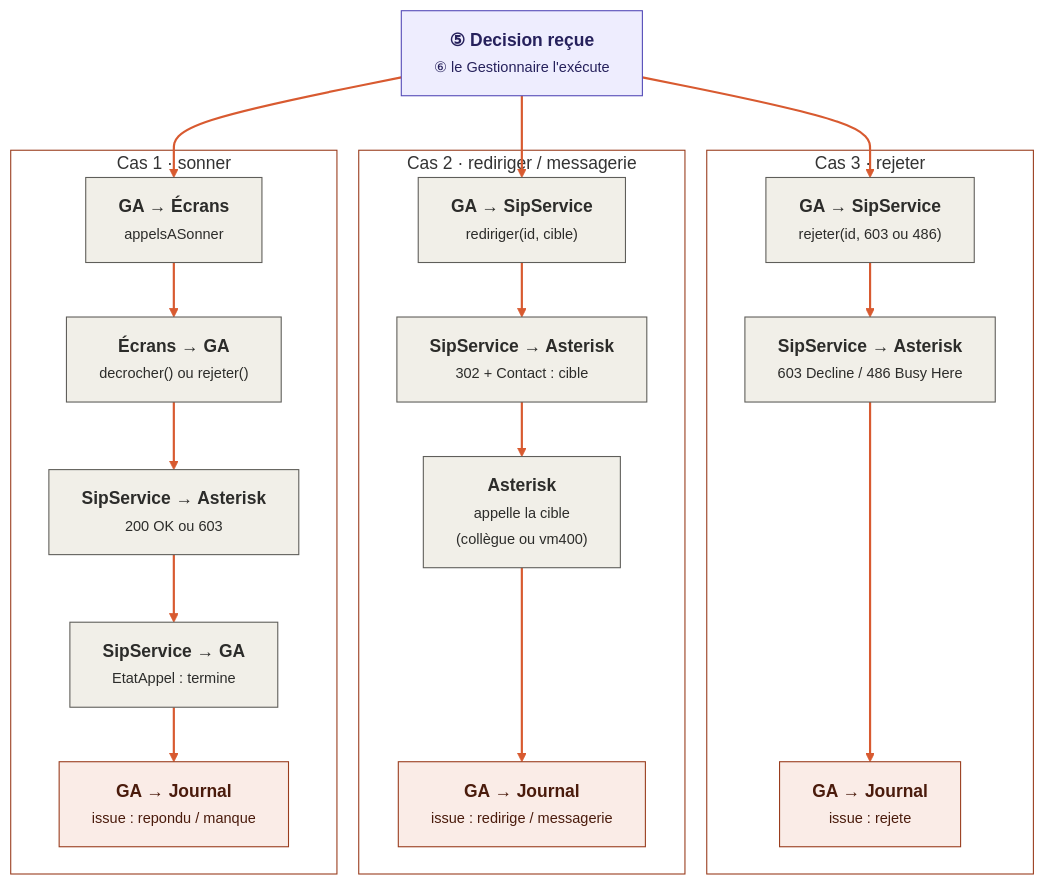
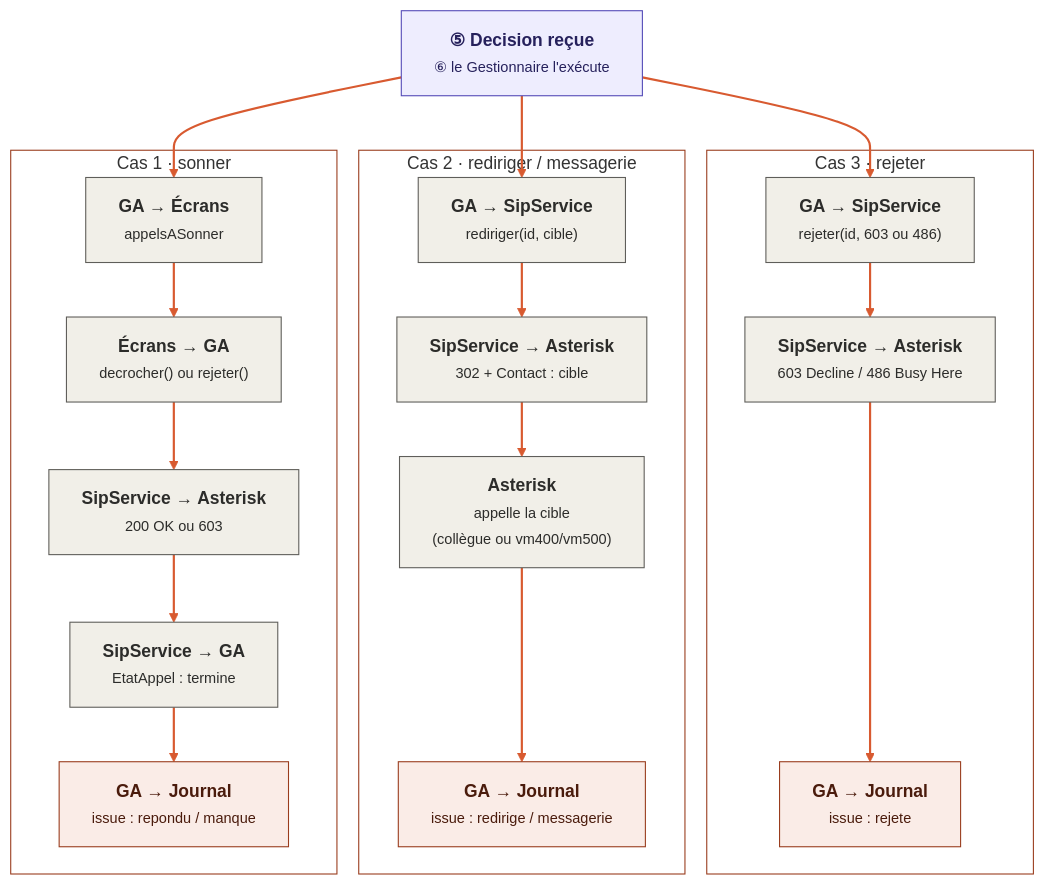
Before and after one commit to mghez001/DevWebMobile: the third of 3 diagrams in README.md, drawn with Mermaid (forest theme). The commit also changed other lines of this file and 4 other files, not shown here.

````diff
--- a/README.md
+++ b/README.md
@@ -247,39 +247,39 @@
 ```mermaid
 flowchart TB
     D["<b>⑤ Decision reçue</b><br/><small>⑥ le Gestionnaire l'exécute</small>"]
 
     subgraph C1["Cas 3 · rejeter"]
         R1["<b>GA → SipService</b><br/><small>rejeter(id, 603 ou 486)</small>"]
         R2["<b>SipService → Asterisk</b><br/><small>603 Decline / 486 Busy Here</small>"]
         R3["<b>GA → Journal</b><br/><small>issue : rejete</small>"]
     end
     subgraph C2["Cas 2 · rediriger / messagerie"]
         D1["<b>GA → SipService</b><br/><small>rediriger(id, cible)</small>"]
         D2["<b>SipService → Asterisk</b><br/><small>302 + Contact : cible</small>"]
-        D3["<b>Asterisk</b><br/><small>appelle la cible<br/>(collègue ou vm400)</small>"]
+        D3["<b>Asterisk</b><br/><small>appelle la cible<br/>(collègue ou vm400/vm500)</small>"]
         D4["<b>GA → Journal</b><br/><small>issue : redirige / messagerie</small>"]
     end
     subgraph C3["Cas 1 · sonner"]
         S1["<b>GA → Écrans</b><br/><small>appelsASonner</small>"]
         S2["<b>Écrans → GA</b><br/><small>decrocher() ou rejeter()</small>"]
         S3["<b>SipService → Asterisk</b><br/><small>200 OK ou 603</small>"]
         S4["<b>SipService → GA</b><br/><small>EtatAppel : termine</small>"]
         S5["<b>GA → Journal</b><br/><small>issue : repondu / manque</small>"]
     end
 
     D --> S1 & D1 & R1
     R1 --> R2 ----> R3
     D1 --> D2 --> D3 ---> D4
     S1 --> S2 --> S3 --> S4 --> S5
 
     classDef etape fill:#F1EFE8,stroke:#5F5E5A,color:#2C2C2A
     classDef journal fill:#FAECE7,stroke:#993C1D,color:#4A1B0C
     classDef decision fill:#EEEDFE,stroke:#534AB7,color:#26215C
     class R1,R2,D1,D2,D3,S1,S2,S3,S4 etape
     class R3,D4,S5 journal
     class D decision
     style C1 fill:none,stroke:#993C1D
     style C2 fill:none,stroke:#993C1D
     style C3 fill:none,stroke:#993C1D
     linkStyle default stroke:#D85A30,stroke-width:2px
 ```
````
